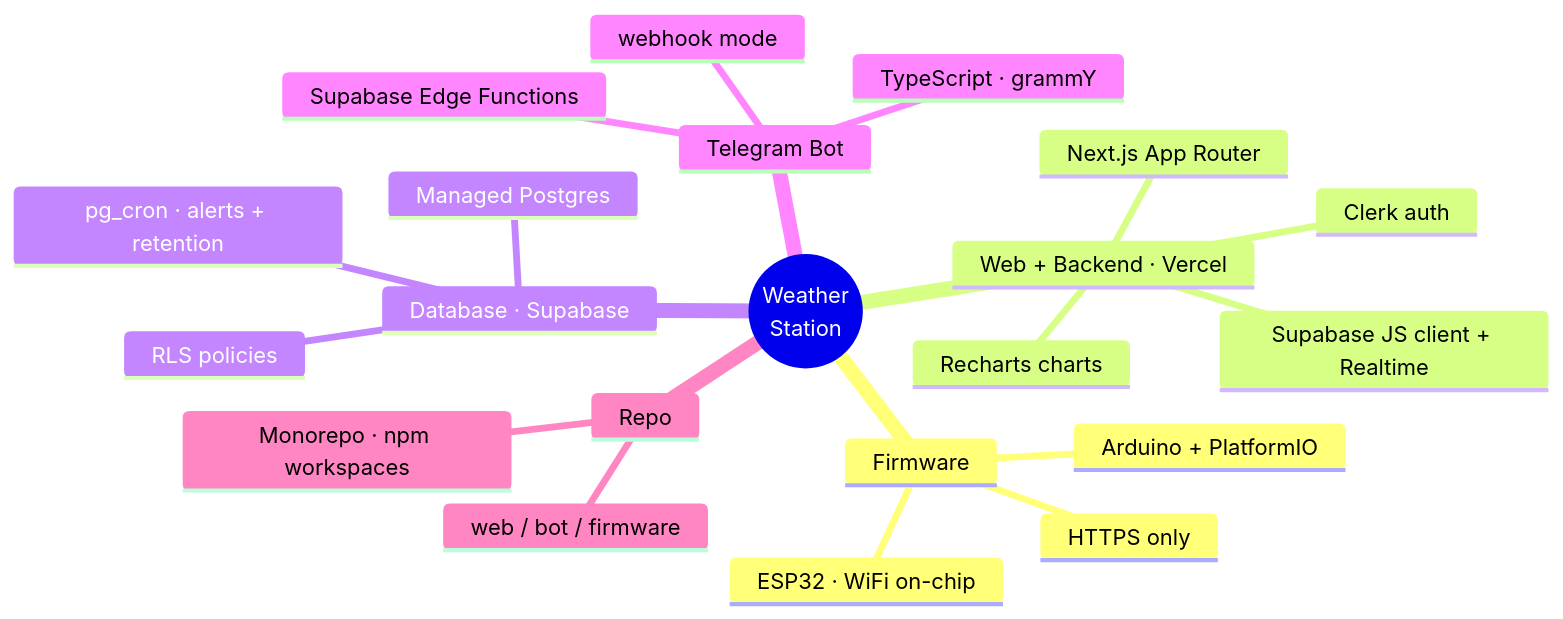
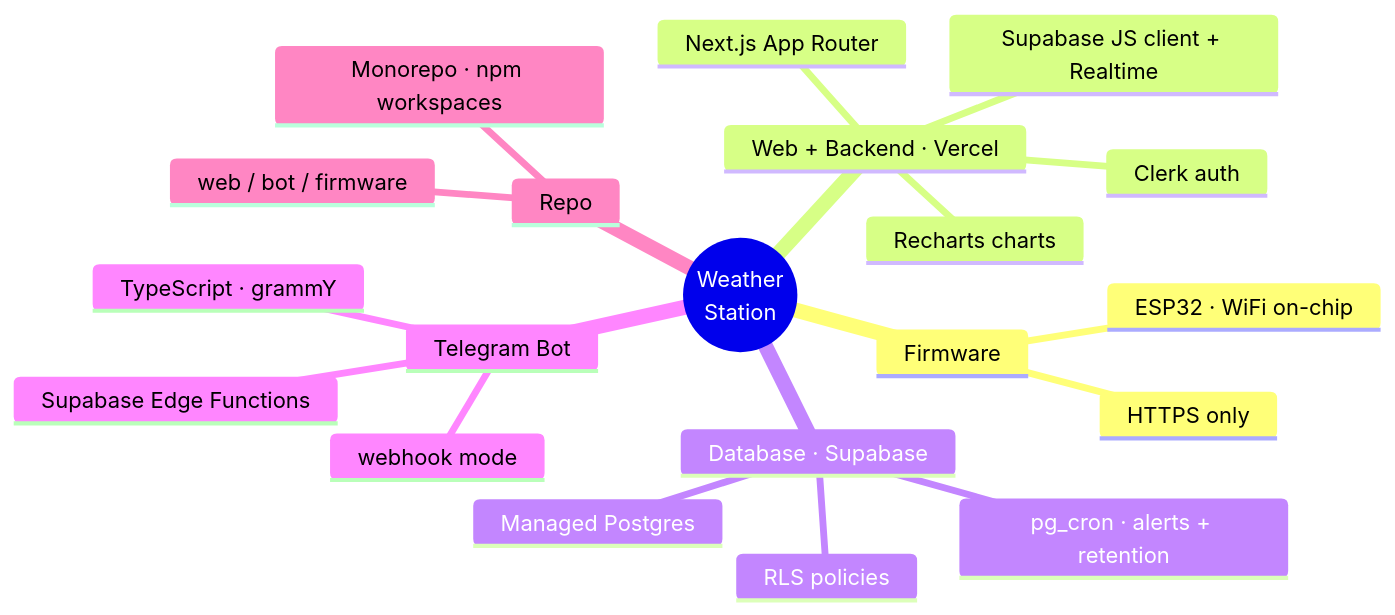
The third of 3 diagrams in docs/05-architecture-and-tech-stack.md (ByteMe6/weather-station), drawn with Mermaid before and after one commit.

Commit message:
remove Arduino + PlatformIO from tech stack mindmap

````diff
--- a/docs/05-architecture-and-tech-stack.md
+++ b/docs/05-architecture-and-tech-stack.md
@@ -91,24 +91,23 @@
 ```mermaid
 mindmap
   root((Weather<br/>Station))
     Firmware
       ESP32 · WiFi on-chip
-      Arduino + PlatformIO
       HTTPS only
     Web + Backend · Vercel
       Next.js App Router
       Clerk auth
       Recharts charts
       Supabase JS client + Realtime
     Database · Supabase
       Managed Postgres
       RLS policies
       pg_cron · alerts + retention
     Telegram Bot
       TypeScript · grammY
       Supabase Edge Functions
       webhook mode
     Repo
       Monorepo · npm workspaces
       web / bot / firmware
 ```
````
